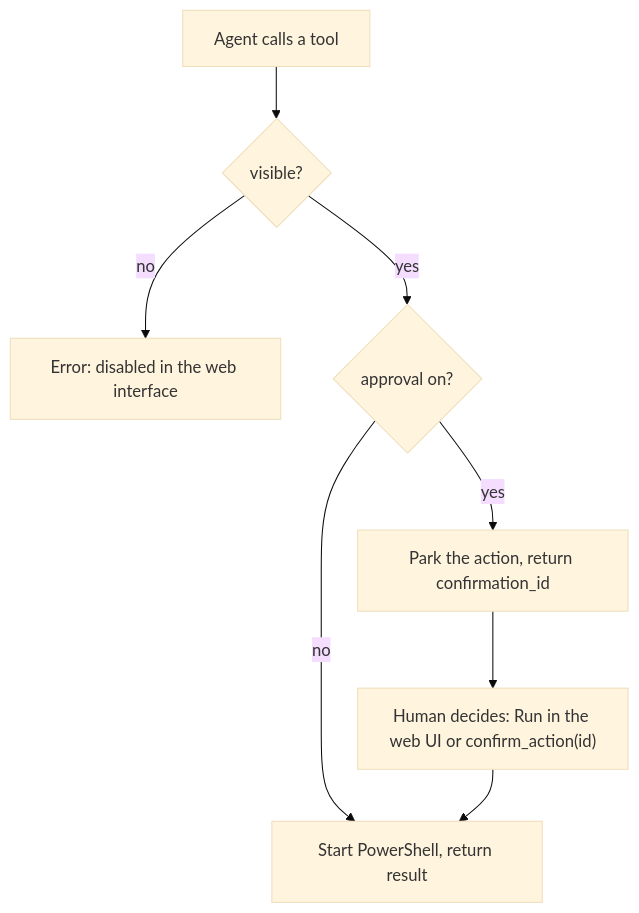
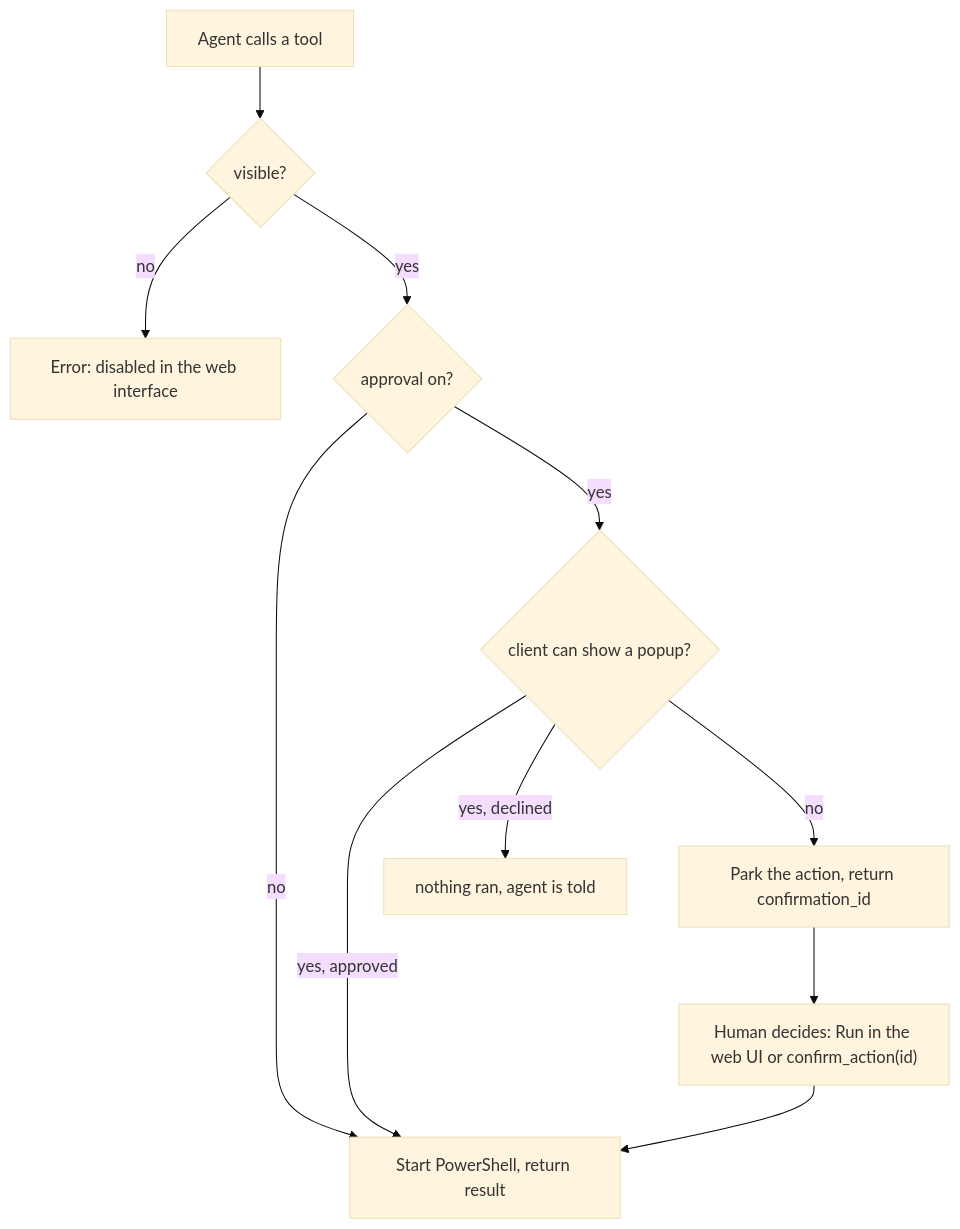
One commit to prinzalx/winadmin-mcp changed the diagram in README.md. Above: the diagram before and after it, drawn with Mermaid (base theme). The commit also changed other lines of this file and 7 other files, not shown here.

First line of the commit message:
Ask for approval in the client popup

````diff
--- a/README.md
+++ b/README.md
@@ -188,10 +188,13 @@
 ```mermaid
 flowchart TD
     A["Agent calls a tool"] --> B{"visible?"}
     B -- no --> X["Error: disabled in the web interface"]
     B -- yes --> C{"approval on?"}
     C -- no --> E["Start PowerShell, return result"]
-    C -- yes --> D["Park the action, return confirmation_id"]
+    C -- yes --> P{"client can show a popup?"}
+    P -- yes, approved --> E
+    P -- "yes, declined" --> Y["nothing ran, agent is told"]
+    P -- no --> D["Park the action, return confirmation_id"]
     D --> F["Human decides: Run in the web UI or confirm_action(id)"]
     F --> E
 ```
````
